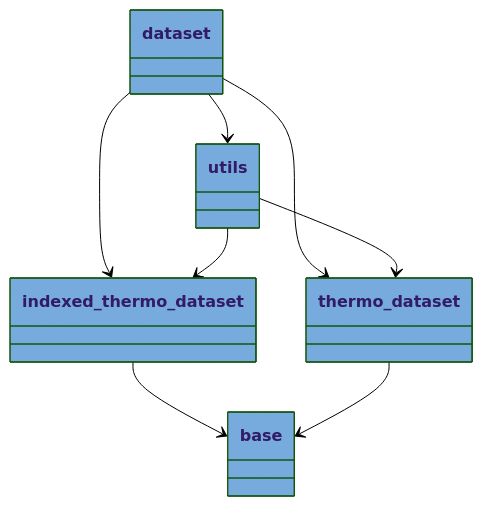
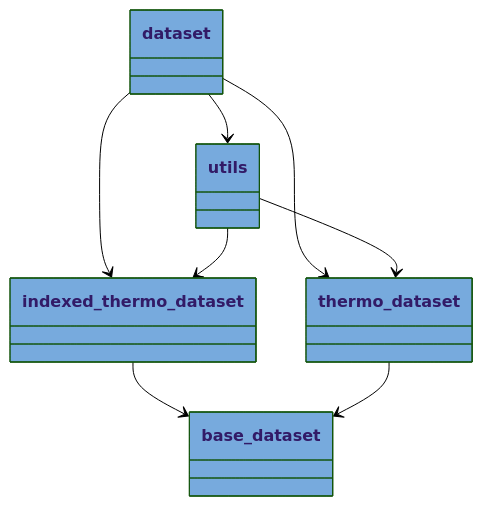
The diagram in docs/pyreverse/mermaid/packages_pythermondt.dataset.mmd (voidsy-gmbh/pyThermoNDT), drawn with Mermaid (forest theme) before and after one commit. The commit also changed 13 other files, not shown here.

```diff
--- a/docs/pyreverse/mermaid/packages_pythermondt.dataset.mmd
+++ b/docs/pyreverse/mermaid/packages_pythermondt.dataset.mmd
@@ -1,23 +1,23 @@
 classDiagram
   class dataset {
   }
   style dataset fill:#77AADD
-  class base {
+  class base_dataset {
   }
-  style base fill:#77AADD
+  style base_dataset fill:#77AADD
   class indexed_thermo_dataset {
   }
   style indexed_thermo_dataset fill:#77AADD
   class thermo_dataset {
   }
   style thermo_dataset fill:#77AADD
   class utils {
   }
   style utils fill:#77AADD
   dataset --> indexed_thermo_dataset
   dataset --> thermo_dataset
   dataset --> utils
-  indexed_thermo_dataset --> base
-  thermo_dataset --> base
+  indexed_thermo_dataset --> base_dataset
+  thermo_dataset --> base_dataset
   utils --> indexed_thermo_dataset
   utils --> thermo_dataset
```
